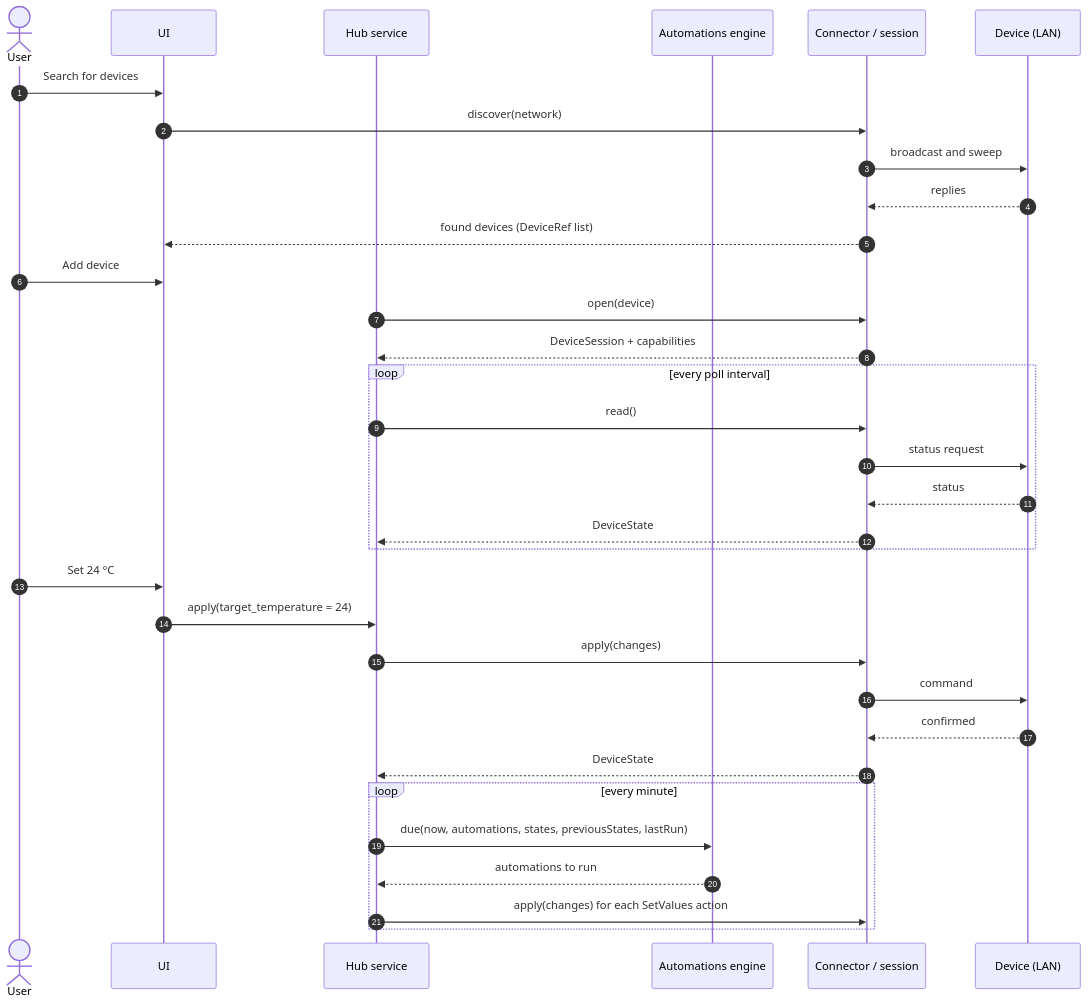
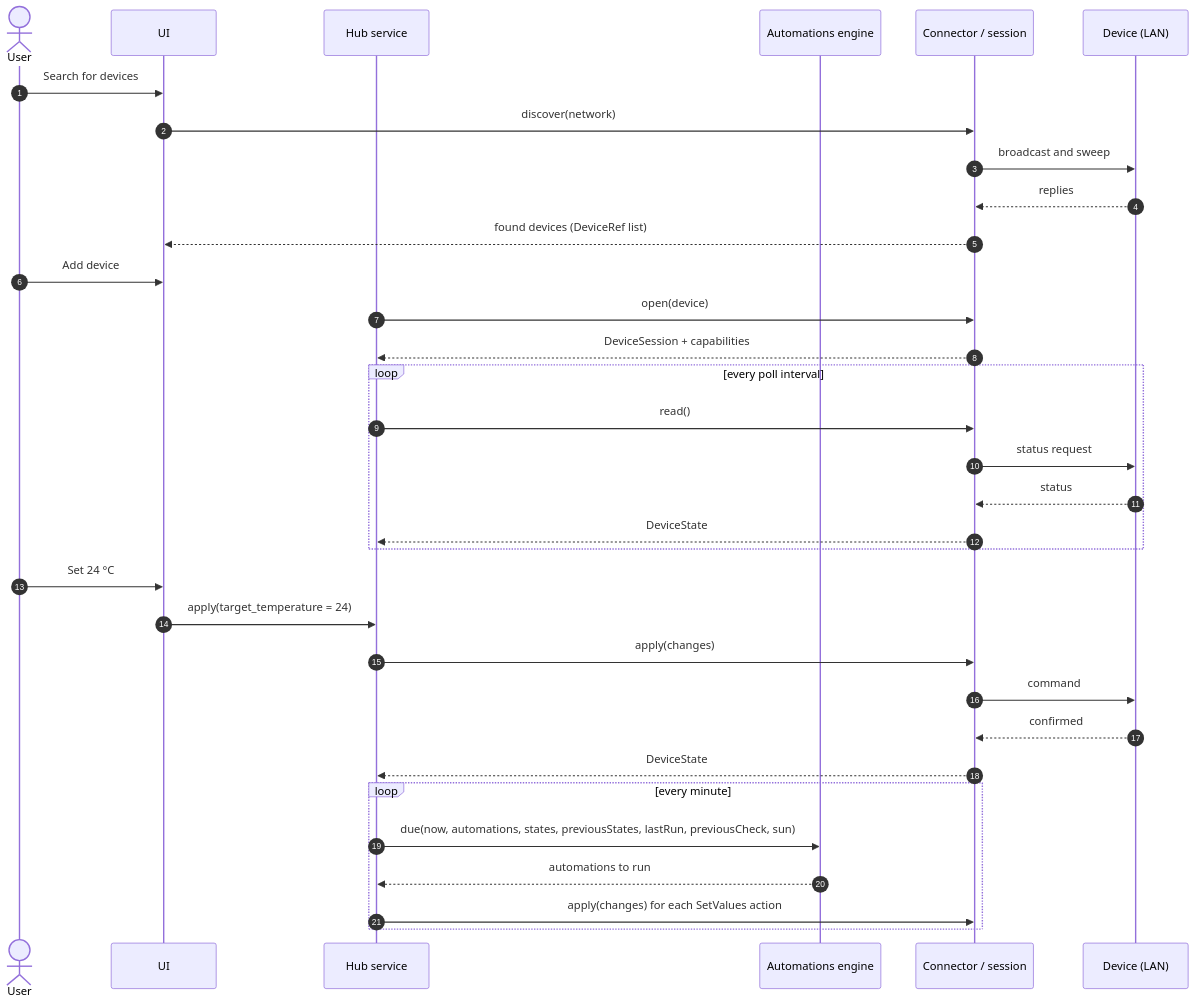
One commit to Alihkhawaher/Home-Controller changed the second of 2 diagrams in docs/architecture.md. Above: the diagram before and after it, drawn with Mermaid. The commit also changed other lines of this file and 2 other files, not shown here.

First line of the commit message:
Docs: sunrise/sunset, run once, catch-up and weekend shortcuts (README, architecture, CHANGELOG)

````diff
--- a/docs/architecture.md
+++ b/docs/architecture.md
@@ -189,36 +206,36 @@
 ```mermaid
 sequenceDiagram
     autonumber
     actor User
     participant UI
     participant Hub as Hub service
     participant Engine as Automations engine
     participant Conn as Connector / session
     participant Dev as Device (LAN)
 
     User->>UI: Search for devices
     UI->>Conn: discover(network)
     Conn->>Dev: broadcast and sweep
     Dev-->>Conn: replies
     Conn-->>UI: found devices (DeviceRef list)
     User->>UI: Add device
     Hub->>Conn: open(device)
     Conn-->>Hub: DeviceSession + capabilities
     loop every poll interval
         Hub->>Conn: read()
         Conn->>Dev: status request
         Dev-->>Conn: status
         Conn-->>Hub: DeviceState
     end
     User->>UI: Set 24 °C
     UI->>Hub: apply(target_temperature = 24)
     Hub->>Conn: apply(changes)
     Conn->>Dev: command
     Dev-->>Conn: confirmed
     Conn-->>Hub: DeviceState
     loop every minute
-        Hub->>Engine: due(now, automations, states, previousStates, lastRun)
+        Hub->>Engine: due(now, automations, states, previousStates, lastRun, previousCheck, sun)
         Engine-->>Hub: automations to run
         Hub->>Conn: apply(changes) for each SetValues action
     end
 ```
````
